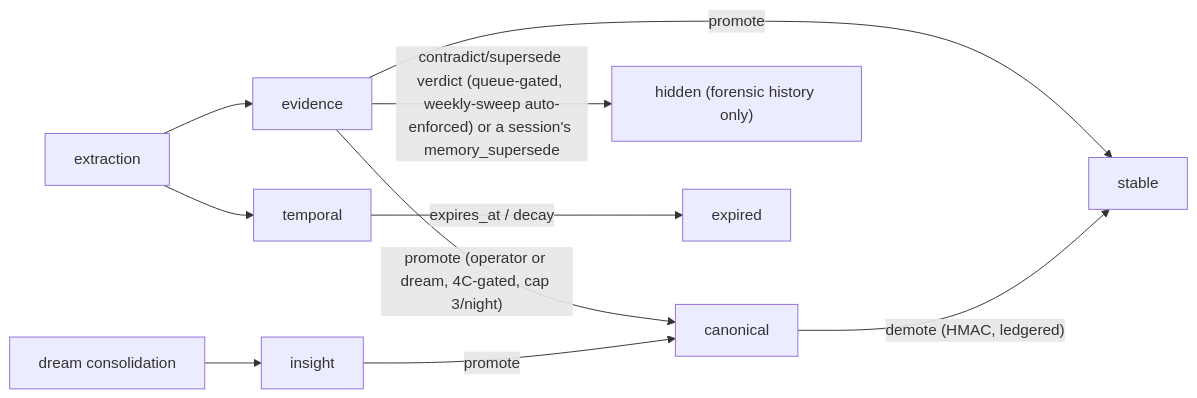
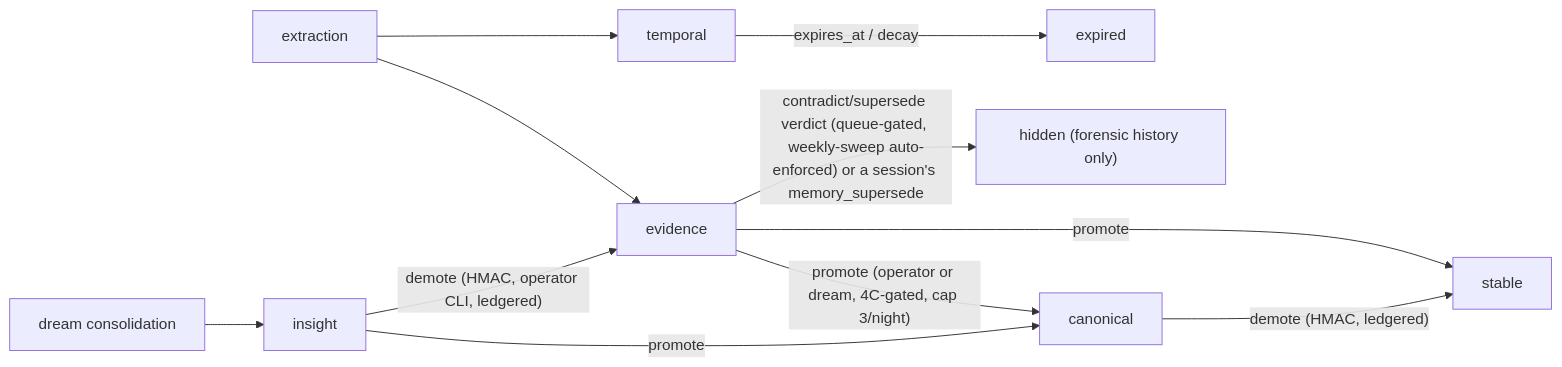
The diagram in docs/systems/memory-model.md (dmmdea/agentic-memory-stack-for-claude-code), drawn with Mermaid before and after one commit. The commit also changed other lines of this file and 52 other files, not shown here.

````diff
--- a/docs/systems/memory-model.md
+++ b/docs/systems/memory-model.md
@@ -145,12 +145,13 @@
 ```mermaid
 flowchart LR
     X["extraction"] --> E[evidence]
     X --> T[temporal]
     D["dream consolidation"] --> I[insight]
     E -->|"promote (operator or dream, 4C-gated, cap 3/night)"| C[canonical]
     E -->|promote| S[stable]
     I -->|promote| C
+    I -->|"demote (HMAC, operator CLI, ledgered)"| E
     C -->|"demote (HMAC, ledgered)"| S
     E -->|"contradict/supersede verdict (queue-gated, weekly-sweep auto-enforced) or a session's memory_supersede"| H["hidden (forensic history only)"]
     T -->|"expires_at / decay"| G["expired"]
 ```
````
